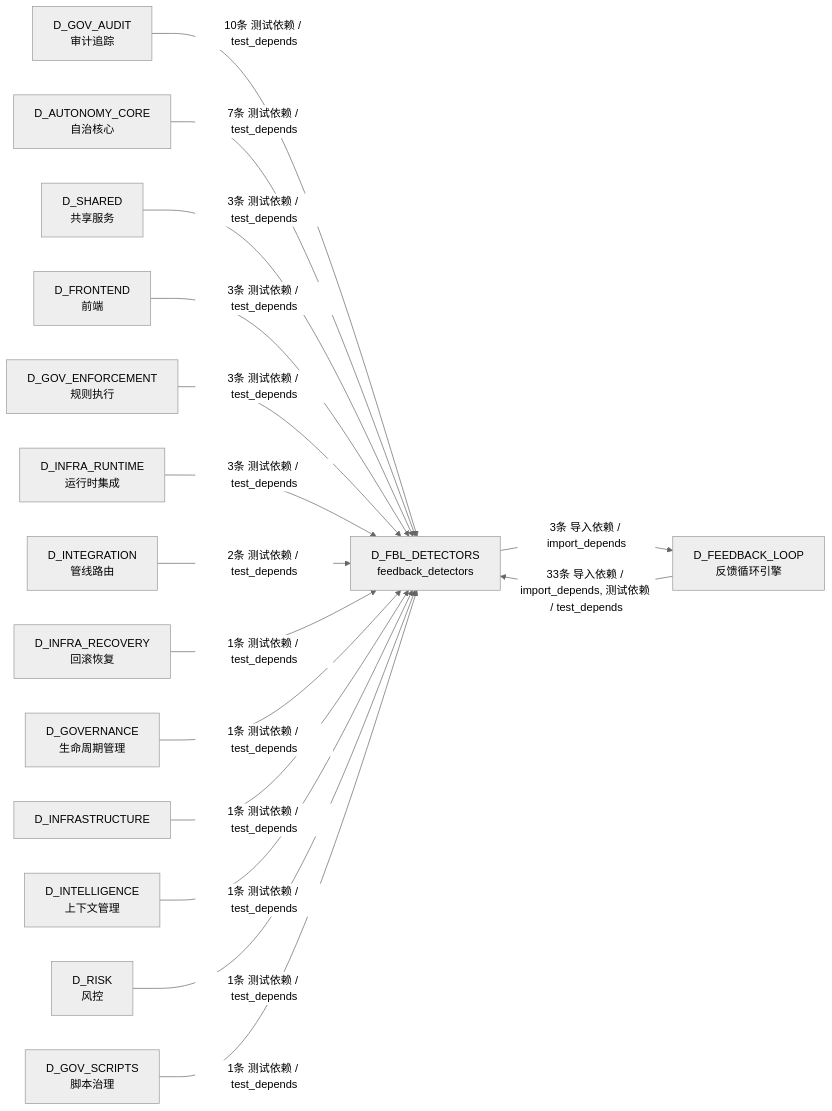
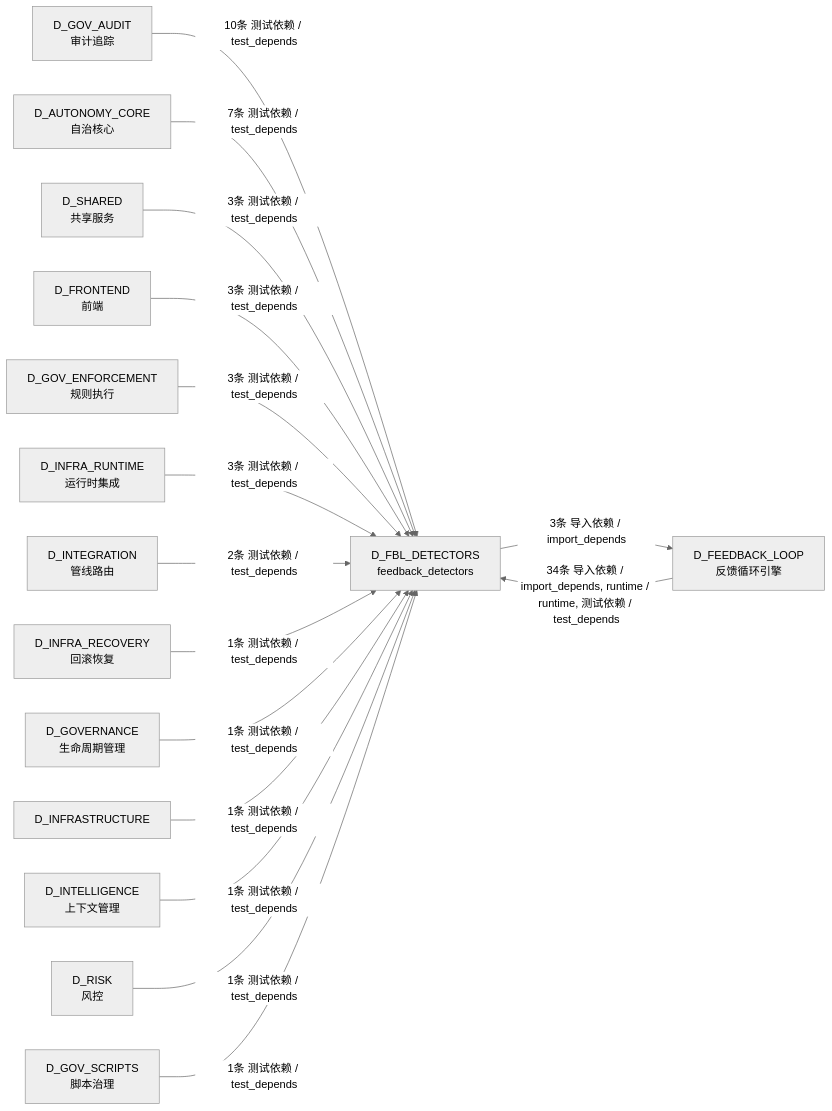
The sixth of 6 diagrams in docs/02_enterprise_architecture/02_domain_architecture_docs/11_d_fbl_detectors.md (xuanFelixVan/ZephyrAlpha), drawn with Mermaid (neutral theme) before and after one commit. The commit also changed other lines of this file and 127 other files, not shown here.

First line of the commit message:
chore(docs): S2-2 refresh architecture docs after depgraph rebuild

````diff
--- a/docs/02_enterprise_architecture/02_domain_architecture_docs/11_d_fbl_detectors.md
+++ b/docs/02_enterprise_architecture/02_domain_architecture_docs/11_d_fbl_detectors.md
@@ -518,33 +520,33 @@
 ```mermaid
 graph LR
     D_FBL_DETECTORS["D_FBL_DETECTORS<br/>feedback_detectors"]
     D_FEEDBACK_LOOP["D_FEEDBACK_LOOP<br/>反馈循环引擎"]
     D_GOV_AUDIT["D_GOV_AUDIT<br/>审计追踪"]
     D_AUTONOMY_CORE["D_AUTONOMY_CORE<br/>自治核心"]
     D_SHARED["D_SHARED<br/>共享服务"]
     D_FRONTEND["D_FRONTEND<br/>前端"]
     D_GOV_ENFORCEMENT["D_GOV_ENFORCEMENT<br/>规则执行"]
     D_INFRA_RUNTIME["D_INFRA_RUNTIME<br/>运行时集成"]
     D_INTEGRATION["D_INTEGRATION<br/>管线路由"]
     D_INFRA_RECOVERY["D_INFRA_RECOVERY<br/>回滚恢复"]
     D_GOVERNANCE["D_GOVERNANCE<br/>生命周期管理"]
     D_INFRASTRUCTURE["D_INFRASTRUCTURE"]
     D_INTELLIGENCE["D_INTELLIGENCE<br/>上下文管理"]
     D_RISK["D_RISK<br/>风控"]
     D_GOV_SCRIPTS["D_GOV_SCRIPTS<br/>脚本治理"]
     D_FBL_DETECTORS -->|3条 导入依赖 / import_depends| D_FEEDBACK_LOOP
-    D_FEEDBACK_LOOP -->|33条 导入依赖 / import_depends, 测试依赖 / test_depends| D_FBL_DETECTORS
+    D_FEEDBACK_LOOP -->|34条 导入依赖 / import_depends, runtime / runtime, 测试依赖 / test_depends| D_FBL_DETECTORS
     D_GOV_AUDIT -->|10条 测试依赖 / test_depends| D_FBL_DETECTORS
     D_AUTONOMY_CORE -->|7条 测试依赖 / test_depends| D_FBL_DETECTORS
     D_SHARED -->|3条 测试依赖 / test_depends| D_FBL_DETECTORS
     D_FRONTEND -->|3条 测试依赖 / test_depends| D_FBL_DETECTORS
     D_GOV_ENFORCEMENT -->|3条 测试依赖 / test_depends| D_FBL_DETECTORS
     D_INFRA_RUNTIME -->|3条 测试依赖 / test_depends| D_FBL_DETECTORS
     D_INTEGRATION -->|2条 测试依赖 / test_depends| D_FBL_DETECTORS
     D_INFRA_RECOVERY -->|1条 测试依赖 / test_depends| D_FBL_DETECTORS
     D_GOVERNANCE -->|1条 测试依赖 / test_depends| D_FBL_DETECTORS
     D_INFRASTRUCTURE -->|1条 测试依赖 / test_depends| D_FBL_DETECTORS
     D_INTELLIGENCE -->|1条 测试依赖 / test_depends| D_FBL_DETECTORS
     D_RISK -->|1条 测试依赖 / test_depends| D_FBL_DETECTORS
     D_GOV_SCRIPTS -->|1条 测试依赖 / test_depends| D_FBL_DETECTORS
 ```
````
